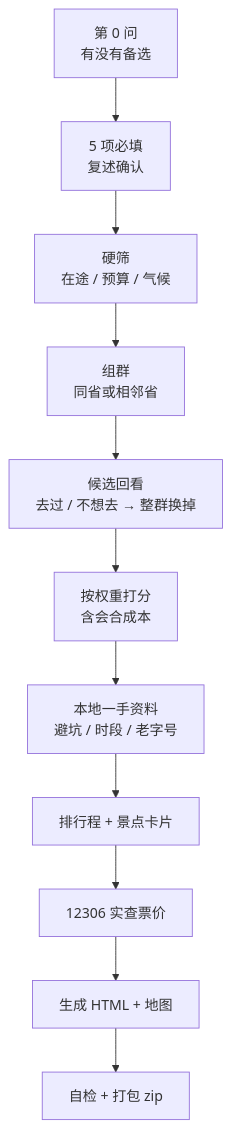
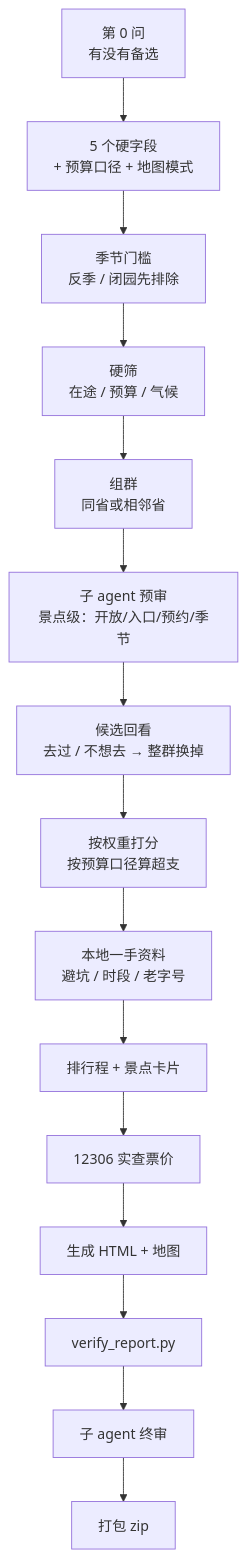
One commit to ghost-him/chinese-travel-recommend changed the diagram in README.md. Above: the diagram before and after it, drawn with Mermaid. The commit also changed other lines of this file and 21 other files, not shown here.

Commit message:
feat(travel-recommend): 1.6 预算口径/季节门槛/景点级核验 + Python 工具链

````diff
--- a/README.md
+++ b/README.md
@@ -45,13 +46,17 @@
 ```mermaid
 flowchart TD
-  A[第 0 问<br/>有没有备选] --> B[5 项必填<br/>复述确认]
-  B --> C[硬筛<br/>在途 / 预算 / 气候]
-  C --> D[组群<br/>同省或相邻省]
-  D --> E[候选回看<br/>去过 / 不想去 → 整群换掉]
-  E --> F[按权重打分<br/>含会合成本]
-  F --> G[本地一手资料<br/>避坑 / 时段 / 老字号]
-  G --> H[排行程 + 景点卡片]
-  H --> I[12306 实查票价]
-  I --> J[生成 HTML + 地图]
-  J --> K[自检 + 打包 zip]
+  A[第 0 问<br/>有没有备选] --> B[5 个硬字段<br/>+ 预算口径 + 地图模式]
+  B --> C[季节门槛<br/>反季 / 闭园先排除]
+  C --> D[硬筛<br/>在途 / 预算 / 气候]
+  D --> E[组群<br/>同省或相邻省]
+  E --> F[子 agent 预审<br/>景点级：开放/入口/预约/季节]
+  F --> G[候选回看<br/>去过 / 不想去 → 整群换掉]
+  G --> H[按权重打分<br/>按预算口径算超支]
+  H --> I[本地一手资料<br/>避坑 / 时段 / 老字号]
+  I --> J[排行程 + 景点卡片]
+  J --> K[12306 实查票价]
+  K --> L[生成 HTML + 地图]
+  L --> M[verify_report.py]
+  M --> N[子 agent 终审]
+  N --> O[打包 zip]
 ```
````
